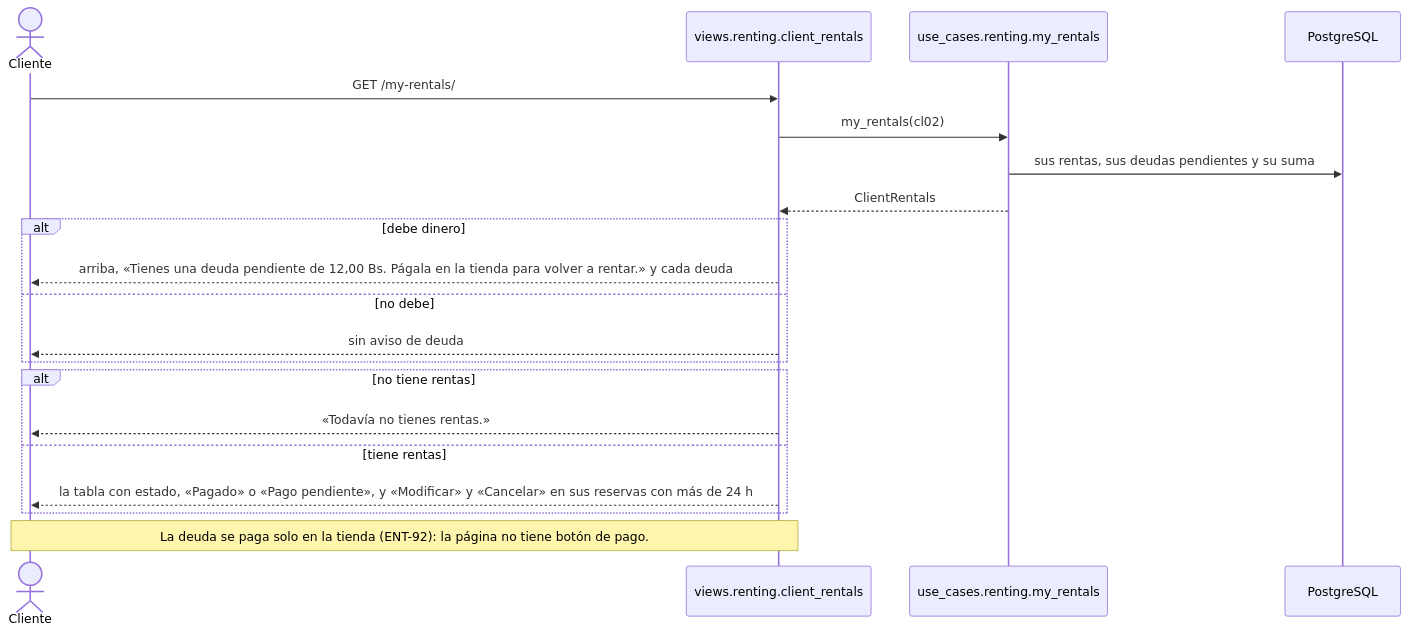
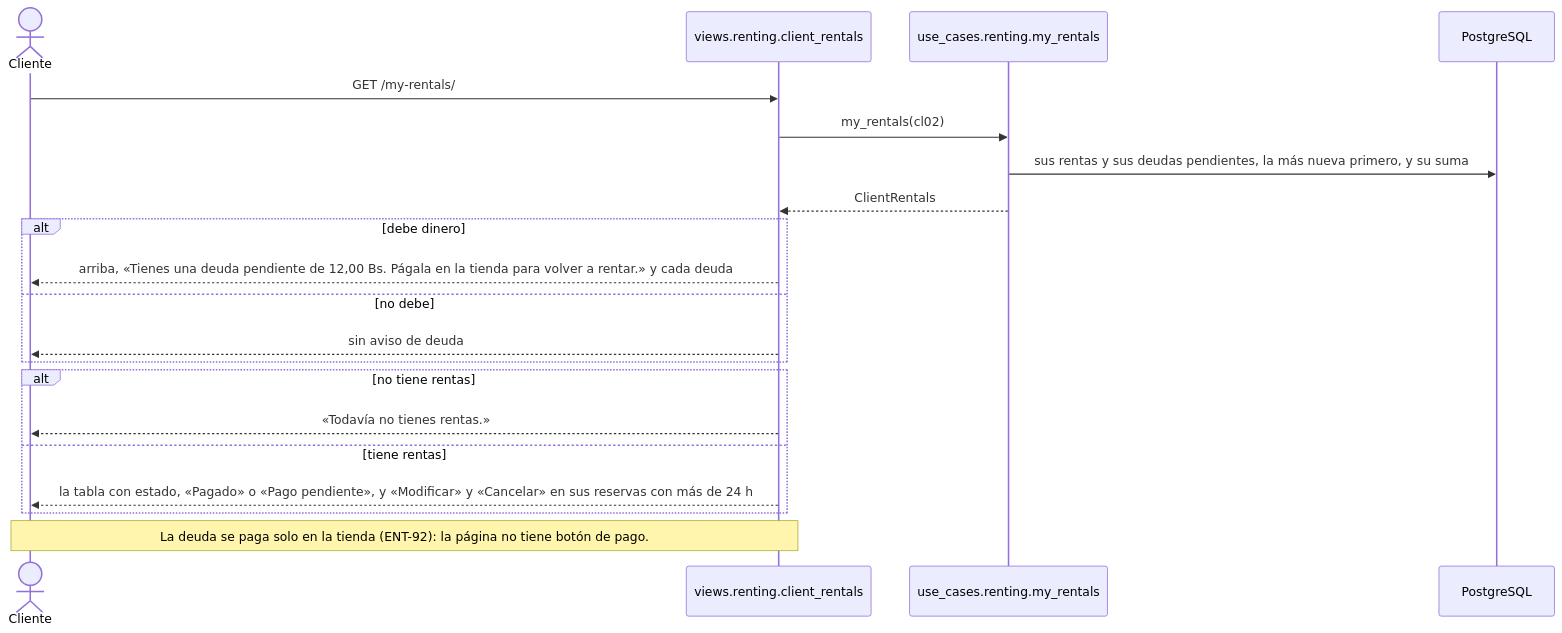
Diagram 33 of 39 in docs/casos-de-uso.md (peterteranb/astra-rent-system), drawn with Mermaid before and after one commit. The commit also changed other lines of this file and 10 other files, not shown here.

````diff
--- a/docs/casos-de-uso.md
+++ b/docs/casos-de-uso.md
@@ -1245,22 +1245,22 @@
 ```mermaid
 sequenceDiagram
     actor C as Cliente
     participant V as views.renting.client_rentals
     participant U as use_cases.renting.my_rentals
     participant BD as PostgreSQL
     C->>V: GET /my-rentals/
     V->>U: my_rentals(cl02)
-    U->>BD: sus rentas, sus deudas pendientes y su suma
+    U->>BD: sus rentas y sus deudas pendientes, la más nueva primero, y su suma
     U-->>V: ClientRentals
     alt debe dinero
         V-->>C: arriba, «Tienes una deuda pendiente de 12,00 Bs. Págala en la tienda para volver a rentar.» y cada deuda
     else no debe
         V-->>C: sin aviso de deuda
     end
     alt no tiene rentas
         V-->>C: «Todavía no tienes rentas.»
     else tiene rentas
         V-->>C: la tabla con estado, «Pagado» o «Pago pendiente», y «Modificar» y «Cancelar» en sus reservas con más de 24 h
     end
     Note over C,V: La deuda se paga solo en la tienda (ENT-92): la página no tiene botón de pago.
 ```
````
